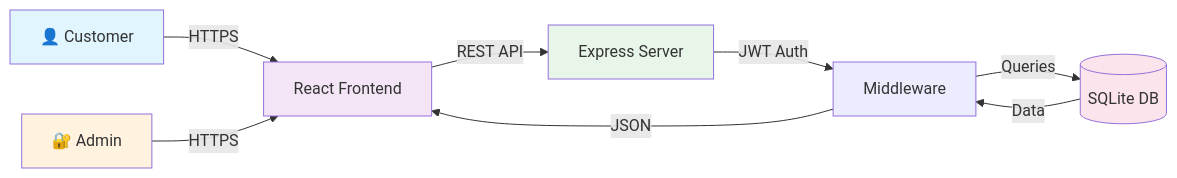
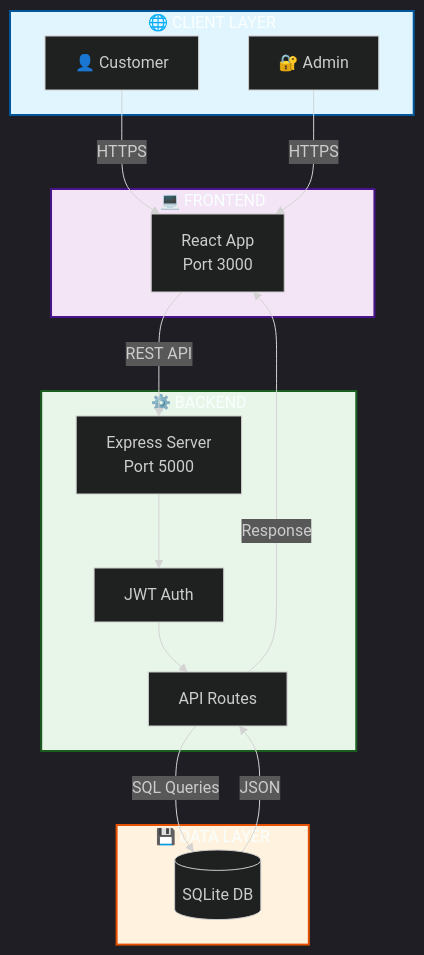
The diagram in README.md (OmNinave/E-commerce), drawn with Mermaid before and after one commit. The commit also changed other lines of this file, not shown here.

````diff
--- a/README.md
+++ b/README.md
@@ -102,16 +132,36 @@
 ```mermaid
-graph LR
-    A[👤 Customer] -->|HTTPS| B[React Frontend]
-    C[🔐 Admin] -->|HTTPS| B
-    B -->|REST API| D[Express Server]
-    D -->|JWT Auth| E[Middleware]
-    E -->|Queries| F[(SQLite DB)]
-    F -->|Data| E
-    E -->|JSON| B
+%%{init: {'theme':'dark'}}%%
+graph TB
+    subgraph Client["🌐 CLIENT LAYER"]
+        A[👤 Customer]
+        B[🔐 Admin]
+    end
     
-    style A fill:#e1f5fe
-    style C fill:#fff3e0
-    style B fill:#f3e5f5
-    style D fill:#e8f5e9
-    style F fill:#fce4ec
+    subgraph Frontend["💻 FRONTEND"]
+        C[React App<br/>Port 3000]
+    end
+    
+    subgraph Backend["⚙️ BACKEND"]
+        D[Express Server<br/>Port 5000]
+        E[JWT Auth]
+        F[API Routes]
+    end
+    
+    subgraph Data["💾 DATA LAYER"]
+        G[(SQLite DB)]
+    end
+    
+    A -->|HTTPS| C
+    B -->|HTTPS| C
+    C -->|REST API| D
+    D --> E
+    E --> F
+    F -->|SQL Queries| G
+    G -->|JSON| F
+    F -->|Response| C
+    
+    style Client fill:#e1f5fe,stroke:#01579b,stroke-width:2px
+    style Frontend fill:#f3e5f5,stroke:#4a148c,stroke-width:2px
+    style Backend fill:#e8f5e9,stroke:#1b5e20,stroke-width:2px
+    style Data fill:#fff3e0,stroke:#e65100,stroke-width:2px
 ```
````
